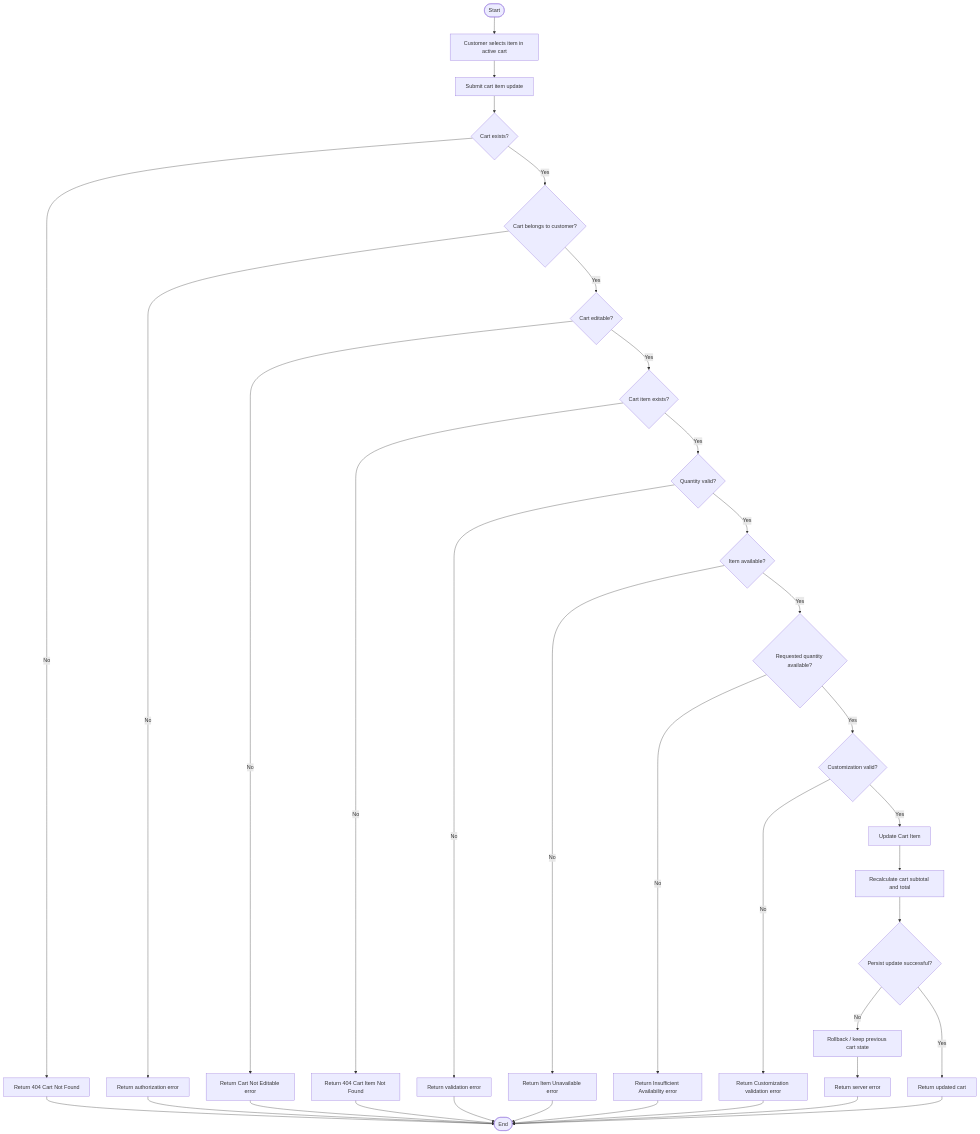
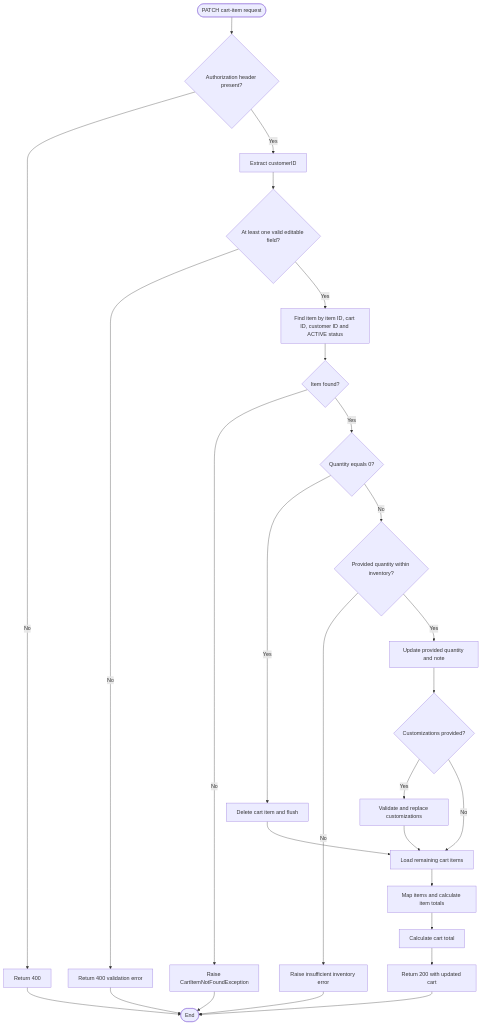
One commit to moGaara/foodLane changed the diagram in design/cartModule/modify/Update-Cart-Item-Flowchart.md. Above: the diagram before and after it, drawn with Mermaid. The commit also changed other lines of this file and 28 other files, not shown here.

````diff
--- a/design/cartModule/modify/Update-Cart-Item-Flowchart.md
+++ b/design/cartModule/modify/Update-Cart-Item-Flowchart.md
@@ -3,49 +3,29 @@
 ```mermaid
 flowchart TD
-    A([Start]) --> B[Customer selects item in active cart]
-    B --> C[Submit cart item update]
-    C --> D{Cart exists?}
-
-    D -->|No| E[Return 404 Cart Not Found]
-    D -->|Yes| F{Cart belongs to customer?}
-
-    F -->|No| G[Return authorization error]
-    F -->|Yes| H{Cart editable?}
-
-    H -->|No| I[Return Cart Not Editable error]
-    H -->|Yes| J{Cart item exists?}
-
-    J -->|No| K[Return 404 Cart Item Not Found]
-    J -->|Yes| L{Quantity valid?}
-
-    L -->|No| M[Return validation error]
-    L -->|Yes| N{Item available?}
-
-    N -->|No| O[Return Item Unavailable error]
-    N -->|Yes| P{Requested quantity available?}
-
-    P -->|No| Q[Return Insufficient Availability error]
-    P -->|Yes| R{Customization valid?}
-
-    R -->|No| S[Return Customization validation error]
-    R -->|Yes| T[Update Cart Item]
-
-    T --> U[Recalculate cart subtotal and total]
-    U --> V{Persist update successful?}
-
-    V -->|No| W[Rollback / keep previous cart state]
-    W --> X[Return server error]
-
-    V -->|Yes| Y[Return updated cart]
-    Y --> Z([End])
-
-    E --> Z
-    G --> Z
-    I --> Z
-    K --> Z
-    M --> Z
-    O --> Z
-    Q --> Z
-    S --> Z
-    X --> Z
+    A([PATCH cart-item request]) --> B{Authorization header present?}
+    B -->|No| C[Return 400]
+    B -->|Yes| D[Extract customerID]
+    D --> E{At least one valid editable field?}
+    E -->|No| F[Return 400 validation error]
+    E -->|Yes| G[Find item by item ID, cart ID, customer ID and ACTIVE status]
+    G --> H{Item found?}
+    H -->|No| I[Raise CartItemNotFoundException]
+    H -->|Yes| J{Quantity equals 0?}
+    J -->|Yes| K[Delete cart item and flush]
+    J -->|No| L{Provided quantity within inventory?}
+    L -->|No| M[Raise insufficient inventory error]
+    L -->|Yes| N[Update provided quantity and note]
+    N --> T{Customizations provided?}
+    T -->|Yes| U[Validate and replace customizations]
+    T -->|No| O
+    U --> O
+    K --> O[Load remaining cart items]
+    O --> P[Map items and calculate item totals]
+    P --> Q[Calculate cart total]
+    Q --> R[Return 200 with updated cart]
+    R --> S([End])
+    C --> S
+    F --> S
+    I --> S
+    M --> S
 ```
````
